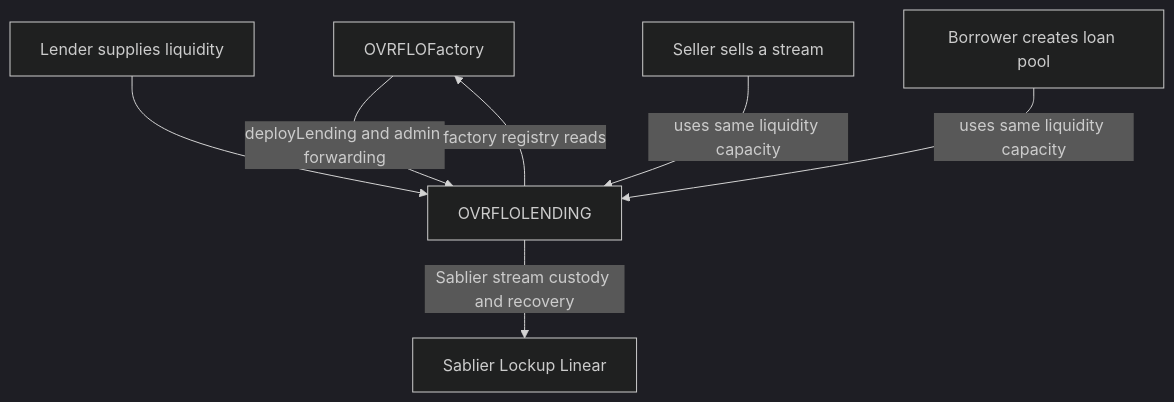
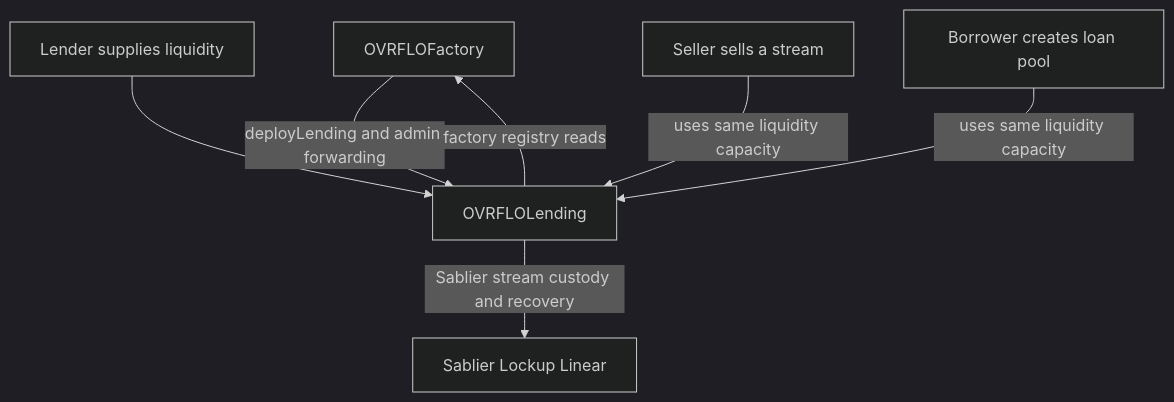
The diagram in docs/plans/2026-07-11-001-refactor-ovrflo-lending-rebrand-plan.md (ayeslick/OVRFLO), drawn with Mermaid (dark theme) before and after one commit. The commit also changed other lines of this file and 31 other files, not shown here.

````diff
--- a/docs/plans/2026-07-11-001-refactor-ovrflo-lending-rebrand-plan.md
+++ b/docs/plans/2026-07-11-001-refactor-ovrflo-lending-rebrand-plan.md
@@ -166,9 +166,9 @@
 ```mermaid
 flowchart TB
-  F[OVRFLOFactory] -->|deployLending and admin forwarding| L[OVRFLOLENDING]
+  F[OVRFLOFactory] -->|deployLending and admin forwarding| L[OVRFLOLending]
   L -->|factory registry reads| F
   B[Lender supplies liquidity] --> L
   S[Seller sells a stream] -->|uses same liquidity capacity| L
   R[Borrower creates loan pool] -->|uses same liquidity capacity| L
   L -->|Sablier stream custody and recovery| SBL[Sablier Lockup Linear]
 ```
````
